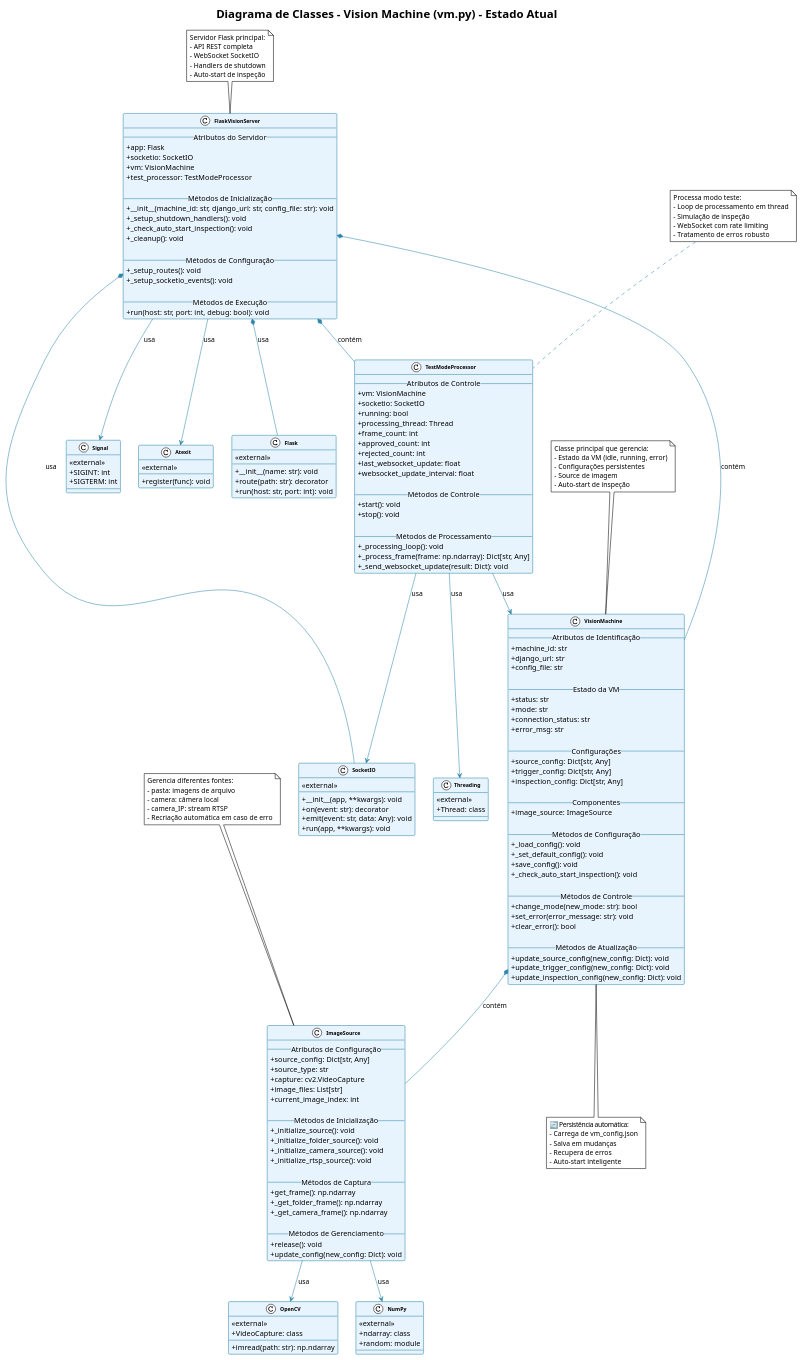
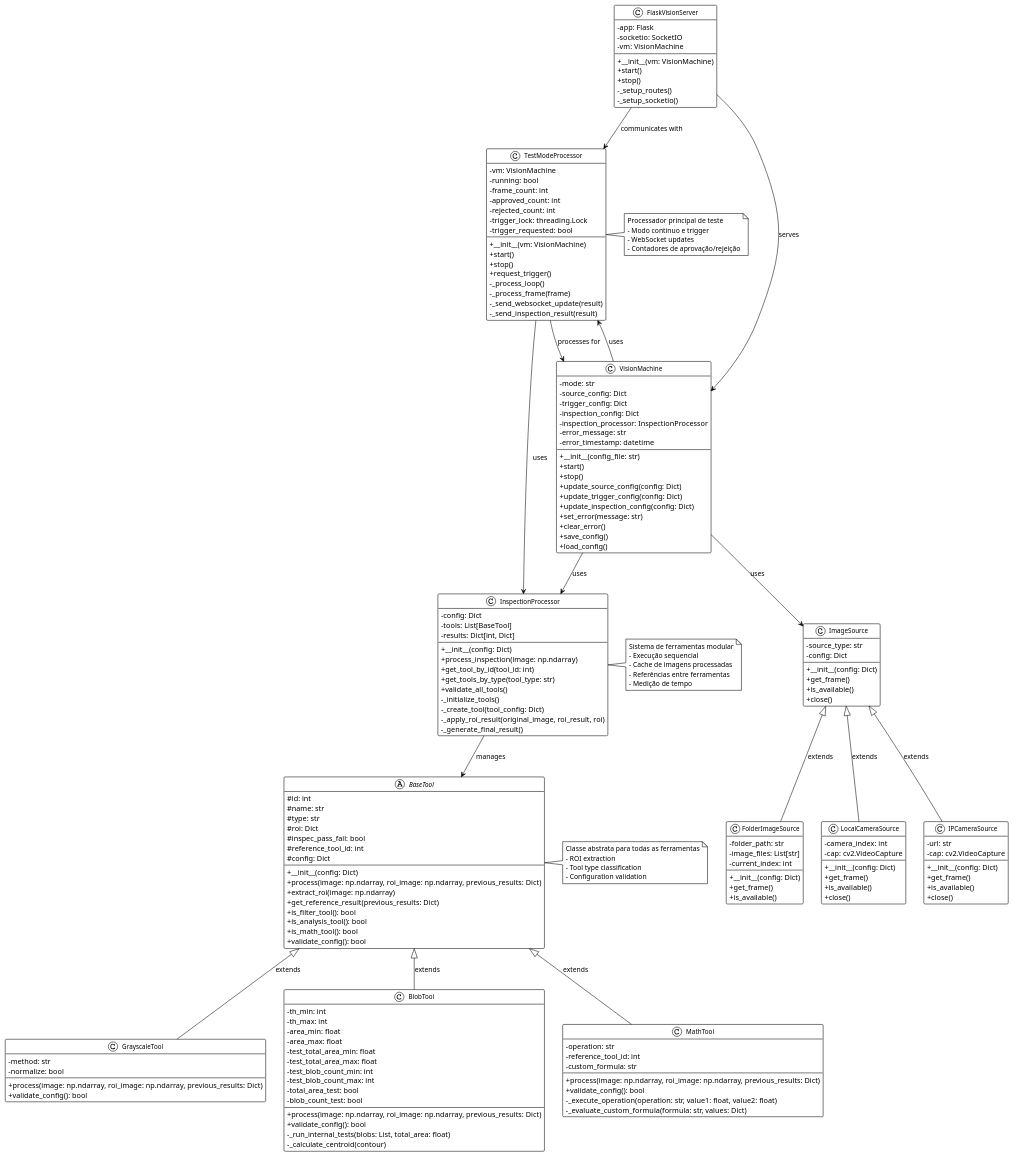
One commit to MoisesBrito31/analyticlens changed the diagram in vision_machine/diagrama_classes_vm.puml. Above: the diagram before and after it, drawn with PlantUML. The commit also changed 19 other files, not shown here.

Commit message:
implementação dos tools blob e greyscale no vm

```diff
--- a/vision_machine/diagrama_classes_vm.puml
+++ b/vision_machine/diagrama_classes_vm.puml
@@ -1,275 +1,205 @@
 @startuml diagrama_classes_vm
 !theme plain
 skinparam classAttributeIconSize 0
-skinparam classFontSize 10
-skinparam classFontStyle bold
-skinparam classBackgroundColor #E8F4FD
-skinparam classBorderColor #2E86AB
-skinparam classArrowColor #2E86AB
+skinparam classFontSize 12
+skinparam classFontName Arial
 
-title Diagrama de Classes - Vision Machine (vm.py) - Estado Atual
-
-' ========================================
-' CLASSE PRINCIPAL: VisionMachine
-' ========================================
+' Classes principais
 class VisionMachine {
-    -- Atributos de Identificação --
-    + machine_id: str
-    + django_url: str
-    + config_file: str
-    
-    -- Estado da VM --
-    + status: str
-    + mode: str
-    + connection_status: str
-    + error_msg: str
-    
-    -- Configurações --
-    + source_config: Dict[str, Any]
-    + trigger_config: Dict[str, Any]
-    + inspection_config: Dict[str, Any]
-    
-    -- Componentes --
-    + image_source: ImageSource
-    
-    -- Métodos de Configuração --
-    + _load_config(): void
-    + _set_default_config(): void
-    + save_config(): void
-    + _check_auto_start_inspection(): void
-    
-    -- Métodos de Controle --
-    + change_mode(new_mode: str): bool
-    + set_error(error_message: str): void
-    + clear_error(): bool
-    
-    -- Métodos de Atualização --
-    + update_source_config(new_config: Dict): void
-    + update_trigger_config(new_config: Dict): void
-    + update_inspection_config(new_config: Dict): void
+  - mode: str
+  - source_config: Dict
+  - trigger_config: Dict
+  - inspection_config: Dict
+  - inspection_processor: InspectionProcessor
+  - error_message: str
+  - error_timestamp: datetime
+  + __init__(config_file: str)
+  + start()
+  + stop()
+  + update_source_config(config: Dict)
+  + update_trigger_config(config: Dict)
+  + update_inspection_config(config: Dict)
+  + set_error(message: str)
+  + clear_error()
+  + save_config()
+  + load_config()
 }
 
-' ========================================
-' CLASSE: ImageSource
-' ========================================
-class ImageSource {
-    -- Atributos de Configuração --
-    + source_config: Dict[str, Any]
-    + source_type: str
-    + capture: cv2.VideoCapture
-    + image_files: List[str]
-    + current_image_index: int
-    
-    -- Métodos de Inicialização --
-    + _initialize_source(): void
-    + _initialize_folder_source(): void
-    + _initialize_camera_source(): void
-    + _initialize_rtsp_source(): void
-    
-    -- Métodos de Captura --
-    + get_frame(): np.ndarray
-    + _get_folder_frame(): np.ndarray
-    + _get_camera_frame(): np.ndarray
-    
-    -- Métodos de Gerenciamento --
-    + release(): void
-    + update_config(new_config: Dict): void
+class FlaskVisionServer {
+  - app: Flask
+  - socketio: SocketIO
+  - vm: VisionMachine
+  + __init__(vm: VisionMachine)
+  + start()
+  + stop()
+  - _setup_routes()
+  - _setup_socketio()
 }
 
-' ========================================
-' CLASSE: TestModeProcessor
-' ========================================
 class TestModeProcessor {
-    -- Atributos de Controle --
-    + vm: VisionMachine
-    + socketio: SocketIO
-    + running: bool
-    + processing_thread: Thread
-    + frame_count: int
-    + approved_count: int
-    + rejected_count: int
-    + last_websocket_update: float
-    + websocket_update_interval: float
-    
-    -- Métodos de Controle --
-    + start(): void
-    + stop(): void
-    
-    -- Métodos de Processamento --
-    + _processing_loop(): void
-    + _process_frame(frame: np.ndarray): Dict[str, Any]
-    + _send_websocket_update(result: Dict): void
+  - vm: VisionMachine
+  - running: bool
+  - frame_count: int
+  - approved_count: int
+  - rejected_count: int
+  - trigger_lock: threading.Lock
+  - trigger_requested: bool
+  + __init__(vm: VisionMachine)
+  + start()
+  + stop()
+  + request_trigger()
+  - _process_loop()
+  - _process_frame(frame)
+  - _send_websocket_update(result)
+  - _send_inspection_result(result)
 }
 
-' ========================================
-' CLASSE: FlaskVisionServer
-' ========================================
-class FlaskVisionServer {
-    -- Atributos do Servidor --
-    + app: Flask
-    + socketio: SocketIO
-    + vm: VisionMachine
-    + test_processor: TestModeProcessor
-    
-    -- Métodos de Inicialização --
-    + __init__(machine_id: str, django_url: str, config_file: str): void
-    + _setup_shutdown_handlers(): void
-    + _check_auto_start_inspection(): void
-    + _cleanup(): void
-    
-    -- Métodos de Configuração --
-    + _setup_routes(): void
-    + _setup_socketio_events(): void
-    
-    -- Métodos de Execução --
-    + run(host: str, port: int, debug: bool): void
+' Sistema de Ferramentas
+class InspectionProcessor {
+  - config: Dict
+  - tools: List[BaseTool]
+  - results: Dict[int, Dict]
+  + __init__(config: Dict)
+  + process_inspection(image: np.ndarray)
+  + get_tool_by_id(tool_id: int)
+  + get_tools_by_type(tool_type: str)
+  + validate_all_tools()
+  - _initialize_tools()
+  - _create_tool(tool_config: Dict)
+  - _apply_roi_result(original_image, roi_result, roi)
+  - _generate_final_result()
 }
 
-' ========================================
-' CLASSE: Signal (Sistema)
-' ========================================
-class Signal {
-    <<external>>
-    + SIGINT: int
-    + SIGTERM: int
+abstract class BaseTool {
+  # id: int
+  # name: str
+  # type: str
+  # roi: Dict
+  # inspec_pass_fail: bool
+  # reference_tool_id: int
+  # config: Dict
+  + __init__(config: Dict)
+  + process(image: np.ndarray, roi_image: np.ndarray, previous_results: Dict)
+  + extract_roi(image: np.ndarray)
+  + get_reference_result(previous_results: Dict)
+  + is_filter_tool(): bool
+  + is_analysis_tool(): bool
+  + is_math_tool(): bool
+  + validate_config(): bool
 }
 
-' ========================================
-' CLASSE: Atexit (Sistema)
-' ========================================
-class Atexit {
-    <<external>>
-    + register(func): void
+class GrayscaleTool {
+  - method: str
+  - normalize: bool
+  + process(image: np.ndarray, roi_image: np.ndarray, previous_results: Dict)
+  + validate_config(): bool
 }
 
-' ========================================
-' CLASSE: Threading (Sistema)
-' ========================================
-class Threading {
-    <<external>>
-    + Thread: class
+class BlobTool {
+  - th_min: int
+  - th_max: int
+  - area_min: float
+  - area_max: float
+  - test_total_area_min: float
+  - test_total_area_max: float
+  - test_blob_count_min: int
+  - test_blob_count_max: int
+  - total_area_test: bool
+  - blob_count_test: bool
+  + process(image: np.ndarray, roi_image: np.ndarray, previous_results: Dict)
+  + validate_config(): bool
+  - _run_internal_tests(blobs: List, total_area: float)
+  - _calculate_centroid(contour)
 }
 
-' ========================================
-' CLASSE: Flask (Framework)
-' ========================================
-class Flask {
-    <<external>>
-    + __init__(name: str): void
-    + route(path: str): decorator
-    + run(host: str, port: int): void
+class MathTool {
+  - operation: str
+  - reference_tool_id: int
+  - custom_formula: str
+  + process(image: np.ndarray, roi_image: np.ndarray, previous_results: Dict)
+  + validate_config(): bool
+  - _execute_operation(operation: str, value1: float, value2: float)
+  - _evaluate_custom_formula(formula: str, values: Dict)
 }
 
-' ========================================
-' CLASSE: SocketIO (Framework)
-' ========================================
-class SocketIO {
-    <<external>>
-    + __init__(app, **kwargs): void
-    + on(event: str): decorator
-    + emit(event: str, data: Any): void
-    + run(app, **kwargs): void
+' Classes de fonte de imagem
+class ImageSource {
+  - source_type: str
+  - config: Dict
+  + __init__(config: Dict)
+  + get_frame()
+  + is_available()
+  + close()
 }
 
-' ========================================
-' CLASSE: OpenCV (cv2)
-' ========================================
-class OpenCV {
-    <<external>>
-    + VideoCapture: class
-    + imread(path: str): np.ndarray
+class FolderImageSource {
+  - folder_path: str
+  - image_files: List[str]
+  - current_index: int
+  + __init__(config: Dict)
+  + get_frame()
+  + is_available()
 }
 
-' ========================================
-' CLASSE: NumPy (np)
-' ========================================
-class NumPy {
-    <<external>>
-    + ndarray: class
-    + random: module
+class LocalCameraSource {
+  - camera_index: int
+  - cap: cv2.VideoCapture
+  + __init__(config: Dict)
+  + get_frame()
+  + is_available()
+  + close()
 }
 
-' ========================================
-' RELACIONAMENTOS
-' ========================================
+class IPCameraSource {
+  - url: str
+  - cap: cv2.VideoCapture
+  + __init__(config: Dict)
+  + get_frame()
+  + is_available()
+  + close()
+}
 
-' VisionMachine contém ImageSource
-VisionMachine *-- ImageSource : contém
+' Relacionamentos
+VisionMachine --> InspectionProcessor : uses
+VisionMachine --> ImageSource : uses
+VisionMachine --> TestModeProcessor : uses
 
-' FlaskVisionServer contém VisionMachine
-FlaskVisionServer *-- VisionMachine : contém
+TestModeProcessor --> VisionMachine : processes for
+TestModeProcessor --> InspectionProcessor : uses
 
-' FlaskVisionServer contém TestModeProcessor
-FlaskVisionServer *-- TestModeProcessor : contém
+InspectionProcessor --> BaseTool : manages
+BaseTool <|-- GrayscaleTool : extends
+BaseTool <|-- BlobTool : extends
+BaseTool <|-- MathTool : extends
 
-' TestModeProcessor usa VisionMachine
-TestModeProcessor --> VisionMachine : usa
+FlaskVisionServer --> VisionMachine : serves
+FlaskVisionServer --> TestModeProcessor : communicates with
 
-' TestModeProcessor usa SocketIO
-TestModeProcessor --> SocketIO : usa
+ImageSource <|-- FolderImageSource : extends
+ImageSource <|-- LocalCameraSource : extends
+ImageSource <|-- IPCameraSource : extends
 
-' FlaskVisionServer usa Flask
-FlaskVisionServer *-- Flask : usa
-
-' FlaskVisionServer usa SocketIO
-FlaskVisionServer *-- SocketIO : usa
-
-' ImageSource usa OpenCV
-ImageSource --> OpenCV : usa
-
-' ImageSource usa NumPy
-ImageSource --> NumPy : usa
-
-' TestModeProcessor usa Threading
-TestModeProcessor --> Threading : usa
-
-' FlaskVisionServer usa Signal
-FlaskVisionServer --> Signal : usa
-
-' FlaskVisionServer usa Atexit
-FlaskVisionServer --> Atexit : usa
-
-' ========================================
-' NOTAS EXPLICATIVAS
-' ========================================
-note top of VisionMachine
-  Classe principal que gerencia:
-  - Estado da VM (idle, running, error)
-  - Configurações persistentes
-  - Source de imagem
-  - Auto-start de inspeção
+' Notas
+note right of InspectionProcessor
+  Sistema de ferramentas modular
+  - Execução sequencial
+  - Cache de imagens processadas
+  - Referências entre ferramentas
+  - Medição de tempo
 end note
 
-note top of ImageSource
-  Gerencia diferentes fontes:
-  - pasta: imagens de arquivo
-  - camera: câmera local
-  - camera_IP: stream RTSP
-  - Recriação automática em caso de erro
+note right of BaseTool
+  Classe abstrata para todas as ferramentas
+  - ROI extraction
+  - Tool type classification
+  - Configuration validation
 end note
 
-note top of TestModeProcessor
-  Processa modo teste:
-  - Loop de processamento em thread
-  - Simulação de inspeção
-  - WebSocket com rate limiting
-  - Tratamento de erros robusto
-end note
-
-note top of FlaskVisionServer
-  Servidor Flask principal:
-  - API REST completa
-  - WebSocket SocketIO
-  - Handlers de shutdown
-  - Auto-start de inspeção
-end note
-
-note bottom of VisionMachine
-  🔄 Persistência automática:
-  - Carrega de vm_config.json
-  - Salva em mudanças
-  - Recupera de erros
-  - Auto-start inteligente
+note right of TestModeProcessor
+  Processador principal de teste
+  - Modo contínuo e trigger
+  - WebSocket updates
+  - Contadores de aprovação/rejeição
 end note
 
 @enduml
```
